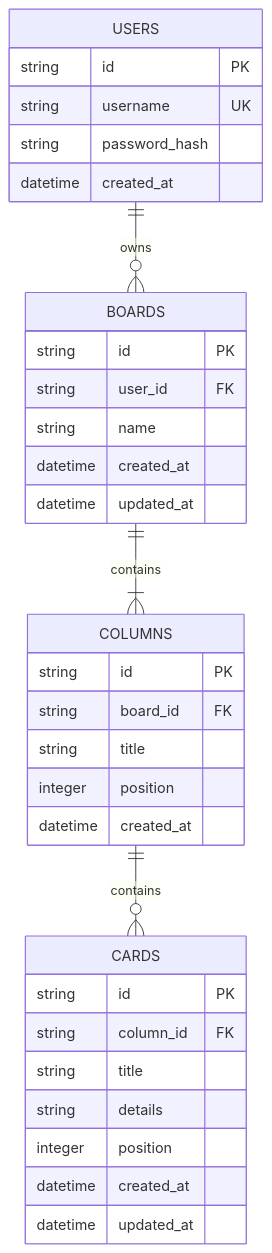
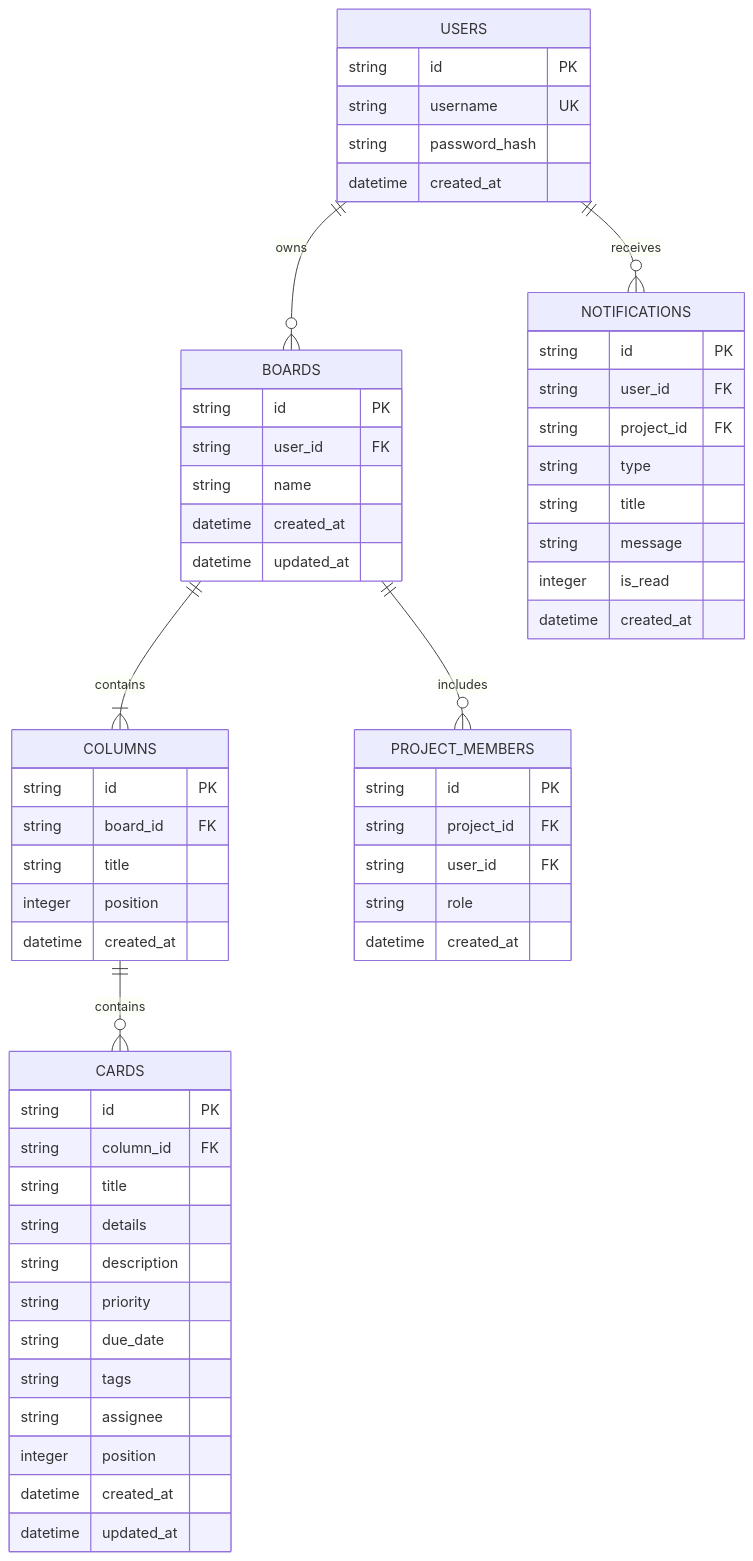
One commit to Thanniru-yaswanth03/Drag-N-Drop changed the diagram in pm/docs/DATABASE.md. Above: the diagram before and after it, drawn with Mermaid. The commit also changed other lines of this file and 48 other files, not shown here.

````diff
--- a/pm/docs/DATABASE.md
+++ b/pm/docs/DATABASE.md
@@ -11,39 +11,65 @@
 ```mermaid
 erDiagram
     USERS ||--o{ BOARDS : owns
     BOARDS ||--|{ COLUMNS : contains
     COLUMNS ||--o{ CARDS : contains
+    BOARDS ||--o{ PROJECT_MEMBERS : includes
+    USERS ||--o{ NOTIFICATIONS : receives
+
+    NOTIFICATIONS {
+        string id PK
+        string user_id FK
+        string project_id FK
+        string type
+        string title
+        string message
+        integer is_read
+        datetime created_at
+    }
+
+    PROJECT_MEMBERS {
+        string id PK
+        string project_id FK
+        string user_id FK
+        string role
+        datetime created_at
+    }
 
     USERS {
         string id PK
         string username UK
         string password_hash
         datetime created_at
     }
 
     BOARDS {
         string id PK
         string user_id FK
         string name
         datetime created_at
         datetime updated_at
     }
 
     COLUMNS {
         string id PK
         string board_id FK
         string title
         integer position
         datetime created_at
     }
 
     CARDS {
         string id PK
         string column_id FK
         string title
         string details
+        string description
+        string priority
+        string due_date
+        string tags
+        string assignee
         integer position
         datetime created_at
         datetime updated_at
     }
 ```
````
